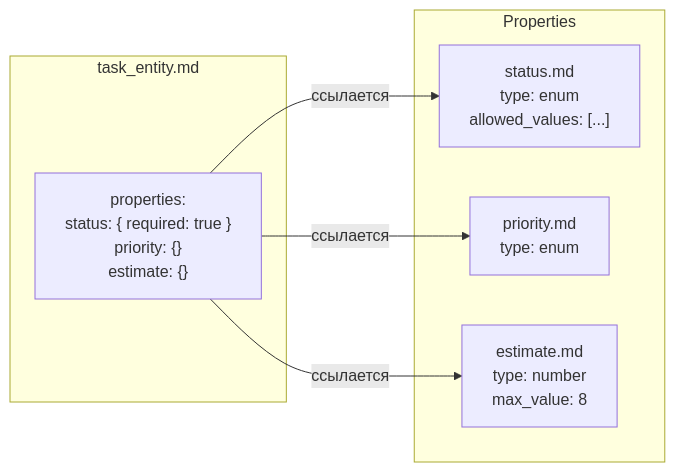
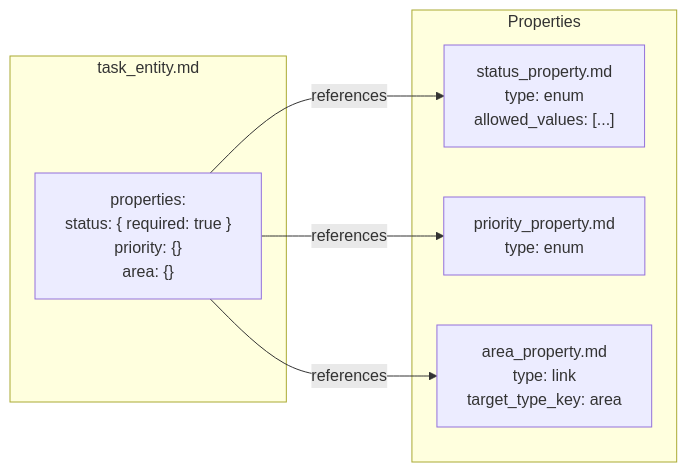
The first of 4 diagrams in docs/architecture.md (mishachepi/obsi-validate), drawn with Mermaid before and after one commit. The commit also changed other lines of this file and 34 other files, not shown here.

````diff
--- a/docs/architecture.md
+++ b/docs/architecture.md
@@ -14,16 +82,16 @@
 ```mermaid
 flowchart LR
     subgraph Entity["task_entity.md"]
-        E["properties:<br/>  status: { required: true }<br/>  priority: {}<br/>  estimate: {}"]
+        E["properties:<br/>  status: { required: true }<br/>  priority: {}<br/>  area: {}"]
     end
 
     subgraph Properties
-        S["status.md<br/>type: enum<br/>allowed_values: [...]"]
-        P["priority.md<br/>type: enum"]
-        EST["estimate.md<br/>type: number<br/>max_value: 8"]
+        S["status_property.md<br/>type: enum<br/>allowed_values: [...]"]
+        P["priority_property.md<br/>type: enum"]
+        A["area_property.md<br/>type: link<br/>target_type_key: area"]
     end
 
-    E -->|ссылается| S
-    E -->|ссылается| P
-    E -->|ссылается| EST
+    E -->|references| S
+    E -->|references| P
+    E -->|references| A
 ```
````
